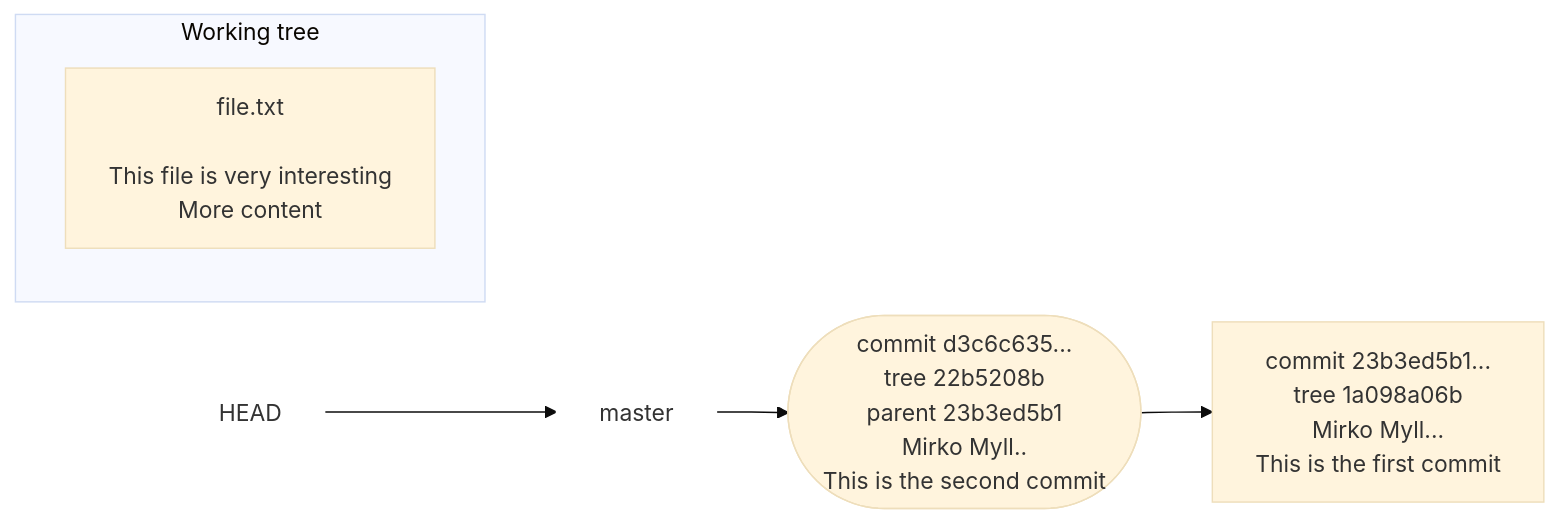
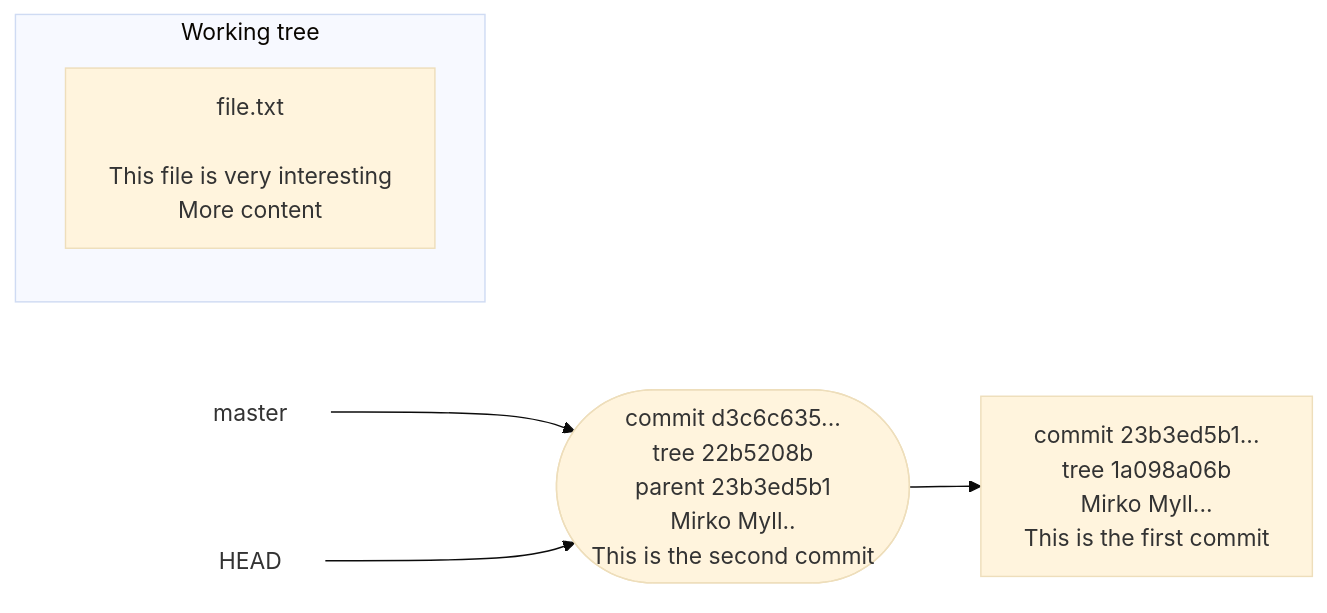
Diagram 18 of 26 in docs/basic-concepts.md (hpc2n/course-intro-git), drawn with Mermaid (base theme) before and after one commit.

Commit message:
Adding lecture 3

````diff
--- a/docs/basic-concepts.md
+++ b/docs/basic-concepts.md
@@ -1021,19 +1021,19 @@
 ```mermaid
 graph LR
   
   head["HEAD"]
   style head fill:#ffffff,stroke:#ffffff
   master["master"]
   style master fill:#ffffff,stroke:#ffffff
   
-  secondcommit(["commit d3c6c635...<br>tree 22b5208b<br>parent 23b3ed5b1<br>Mirko Myll..<br>This is the second commit"])
+  master --> secondcommit(["commit d3c6c635...<br>tree 22b5208b<br>parent 23b3ed5b1<br>Mirko Myll..<br>This is the second commit"])
   firstcommit["commit 23b3ed5b1...<br>tree 1a098a06b<br>Mirko Myll...<br>This is the first commit"]
   
   secondcommit --> firstcommit
   
-  head --> master --> secondcommit
+  head --> secondcommit
   
   subgraph clusterworkingtree["Working tree"]
     clusterfile["file.txt<br><br>This file is very interesting<br>More content"]
   end
 ```
````
